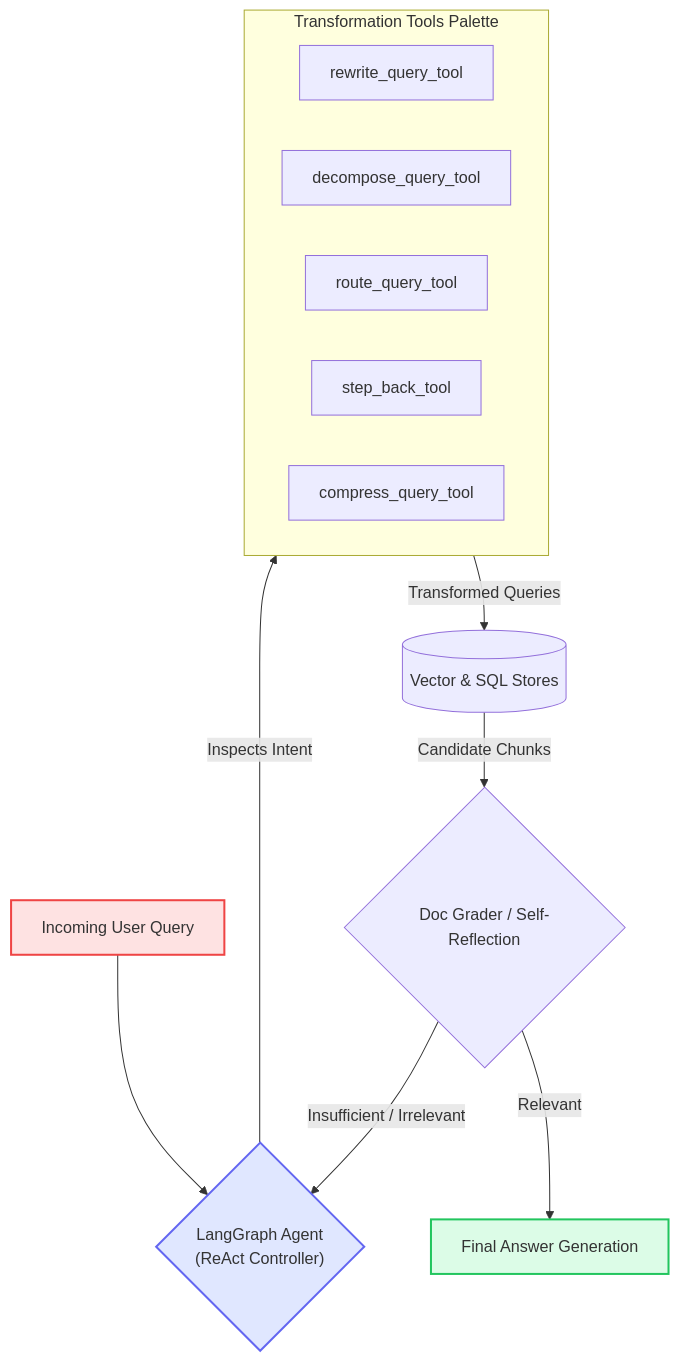
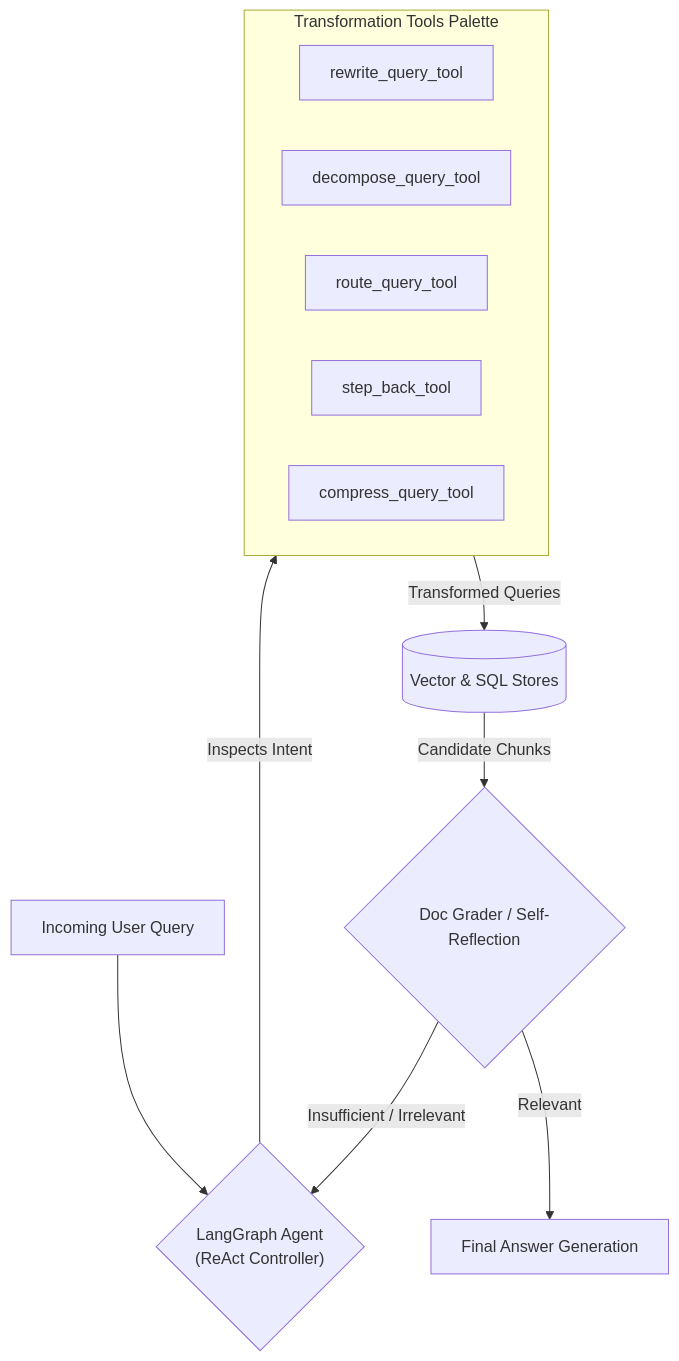
One commit to d-hackmt/query-transformations changed the diagram in docs/09_agentic_rag_and_frameworks.md. Above: the diagram before and after it, drawn with Mermaid. The commit also changed 9 other files, not shown here.

Commit message:
style: remove hardcoded colors from all mermaid diagrams for clean native theme rendering

````diff
--- a/docs/09_agentic_rag_and_frameworks.md
+++ b/docs/09_agentic_rag_and_frameworks.md
@@ -17,23 +17,20 @@
 ```mermaid
 flowchart TD
     UserQ["Incoming User Query"] --> Supervisor{"LangGraph Agent<br/>(ReAct Controller)"}
     
     subgraph TransformationTools ["Transformation Tools Palette"]
         T1["rewrite_query_tool"]
         T2["decompose_query_tool"]
         T3["route_query_tool"]
         T4["step_back_tool"]
         T5["compress_query_tool"]
     end
     
     Supervisor -->|"Inspects Intent"| TransformationTools
     TransformationTools -->|"Transformed Queries"| Retrieval[("Vector & SQL Stores")]
     Retrieval -->|"Candidate Chunks"| Grader{"Doc Grader / Self-Reflection"}
     
     Grader -->|"Relevant"| Generator["Final Answer Generation"]
     Grader -->|"Insufficient / Irrelevant"| Supervisor
     
-    style UserQ fill:#fee2e2,stroke:#ef4444,stroke-width:2px
-    style Supervisor fill:#e0e7ff,stroke:#6366f1,stroke-width:2px
-    style Generator fill:#dcfce7,stroke:#22c55e,stroke-width:2px
 ```
````
